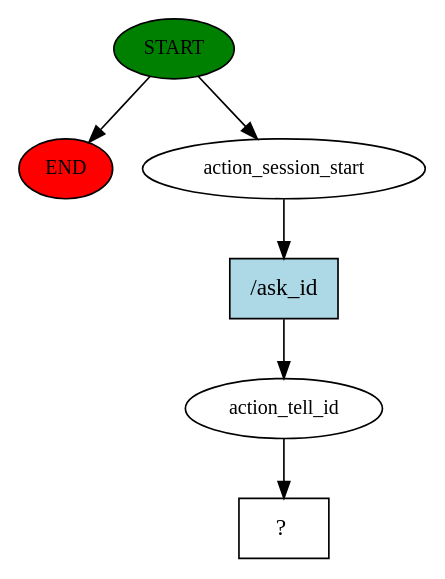
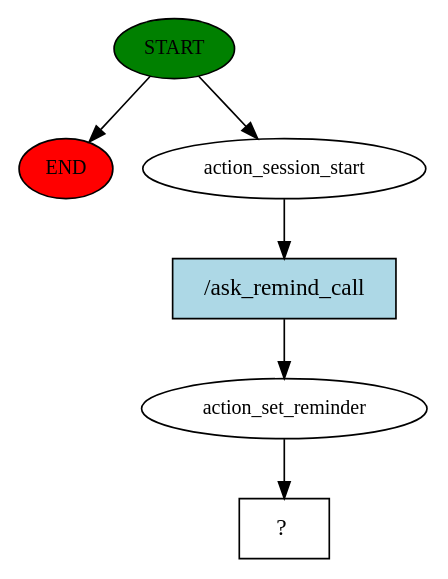
One commit to Gigit-AI-Corporation/rasa changed the diagram in story_graph.dot. Above: the diagram before and after it, drawn with Graphviz. The commit also changed 4 other files, not shown here.

```diff
--- a/story_graph.dot
+++ b/story_graph.dot
@@ -1,13 +1,13 @@
 digraph  {
 0 [class="start active", fillcolor=green, fontsize=12, label=START, style=filled];
 "-1" [class=end, fillcolor=red, fontsize=12, label=END, style=filled];
 1 [class=active, fontsize=12, label=action_session_start];
-2 [class=active, fontsize=12, label=action_tell_id];
+2 [class=active, fontsize=12, label=action_set_reminder];
 3 [class="intent dashed active", label="  ?  ", shape=rect];
-4 [class="intent active", fillcolor=lightblue, label="/ask_id", shape=rect, style=filled];
+4 [class="intent active", fillcolor=lightblue, label="/ask_remind_call", shape=rect, style=filled];
 0 -> "-1"  [class="", key=NONE, label=""];
 0 -> 1  [class=active, key=NONE, label=""];
 1 -> 4  [class=active, key=0];
 2 -> 3  [class=active, key=NONE, label=""];
 4 -> 2  [class=active, key=0];
 }
```
